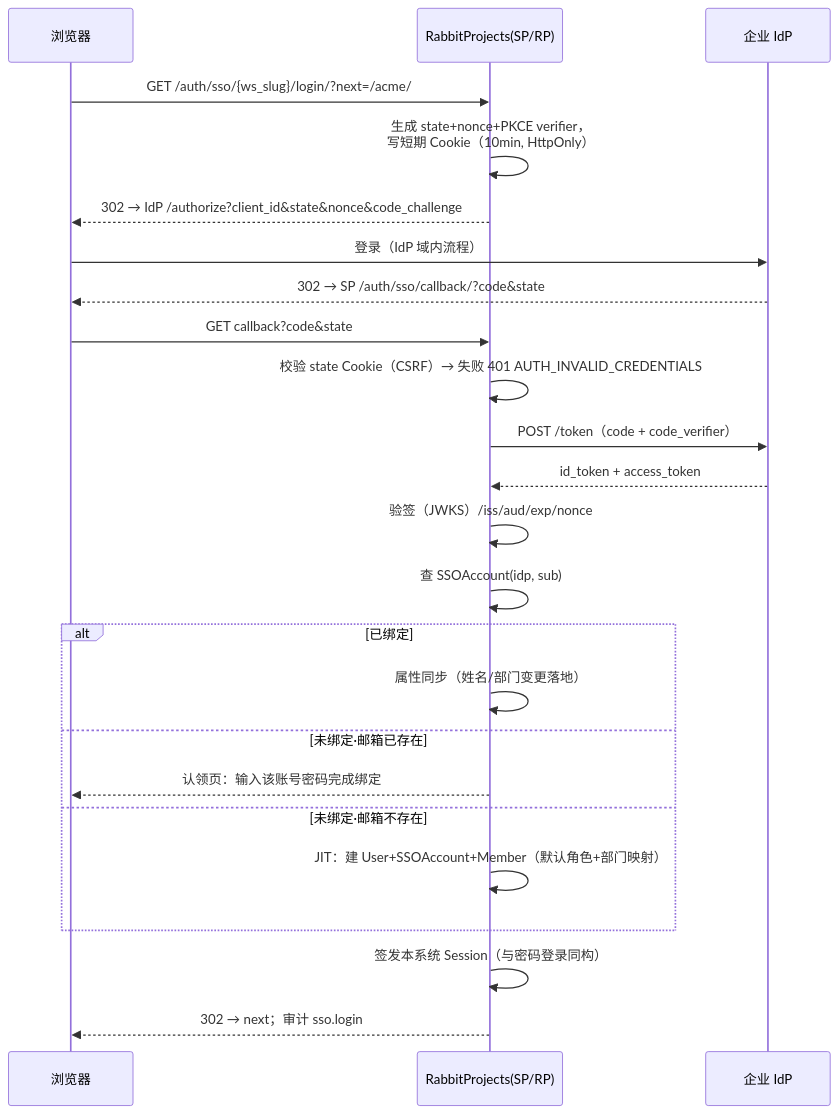
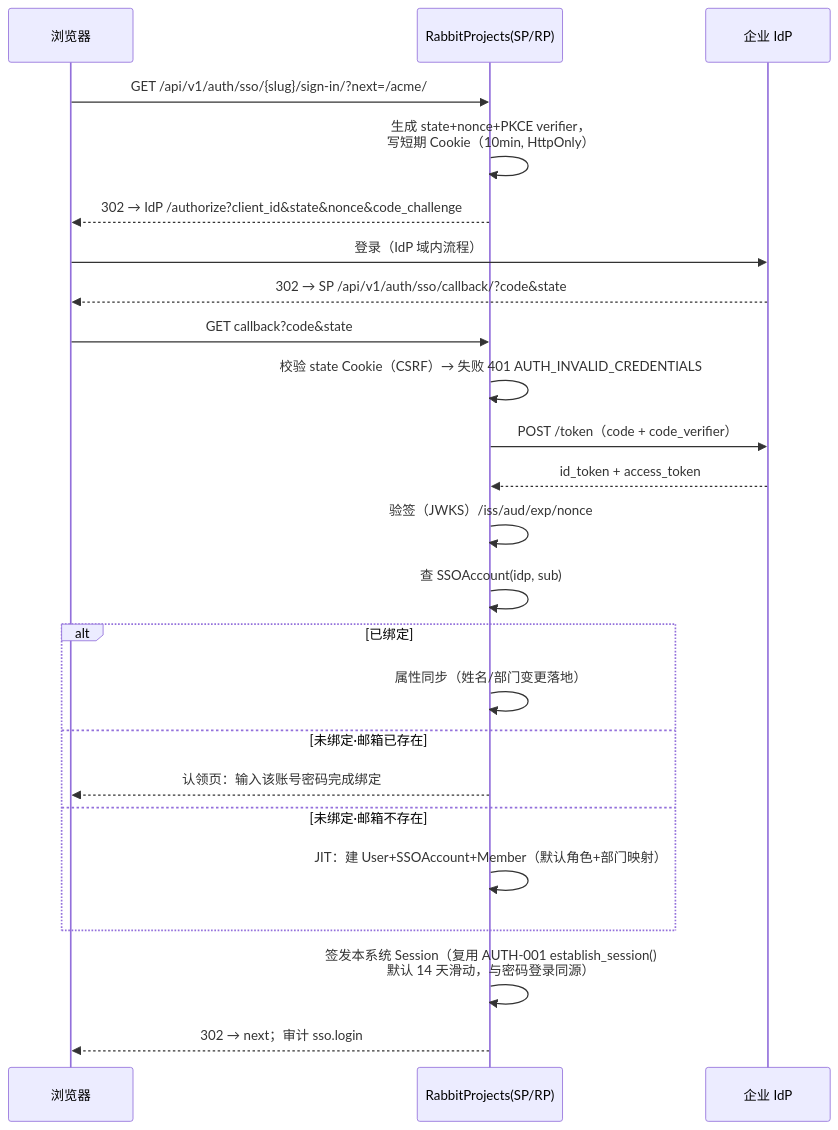
Before and after one commit to RabbitAI-Lab/RabbitProjects: the second of 3 diagrams in docs/sprint-8-enterprise-org/AUTH-009-sso.md, drawn with Mermaid. The commit also changed other lines of this file and 13 other files, not shown here.

````diff
--- a/docs/sprint-8-enterprise-org/AUTH-009-sso.md
+++ b/docs/sprint-8-enterprise-org/AUTH-009-sso.md
@@ -90,27 +101,27 @@
 ```mermaid
 sequenceDiagram
     participant U as 浏览器
     participant SP as RabbitProjects(SP/RP)
     participant IdP as 企业 IdP
 
-    U->>SP: GET /auth/sso/{ws_slug}/login/?next=/acme/
+    U->>SP: GET /api/v1/auth/sso/{slug}/sign-in/?next=/acme/
     SP->>SP: 生成 state+nonce+PKCE verifier，<br/>写短期 Cookie（10min, HttpOnly）
     SP-->>U: 302 → IdP /authorize?client_id&state&nonce&code_challenge
     U->>IdP: 登录（IdP 域内流程）
-    IdP-->>U: 302 → SP /auth/sso/callback/?code&state
+    IdP-->>U: 302 → SP /api/v1/auth/sso/callback/?code&state
     U->>SP: GET callback?code&state
     SP->>SP: 校验 state Cookie（CSRF）→ 失败 401 AUTH_INVALID_CREDENTIALS
     SP->>IdP: POST /token（code + code_verifier）
     IdP-->>SP: id_token + access_token
     SP->>SP: 验签（JWKS）/iss/aud/exp/nonce
     SP->>SP: 查 SSOAccount(idp, sub)
     alt 已绑定
         SP->>SP: 属性同步（姓名/部门变更落地）
     else 未绑定·邮箱已存在
         SP-->>U: 认领页：输入该账号密码完成绑定
     else 未绑定·邮箱不存在
         SP->>SP: JIT：建 User+SSOAccount+Member（默认角色+部门映射）
     end
-    SP->>SP: 签发本系统 Session（与密码登录同构）
+    SP->>SP: 签发本系统 Session（复用 AUTH-001 establish_session()<br/>默认 14 天滑动，与密码登录同源）
     SP-->>U: 302 → next；审计 sso.login
 ```
````
